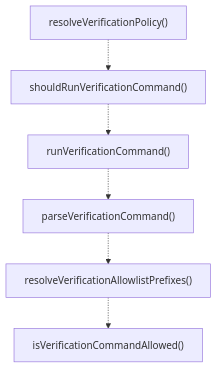
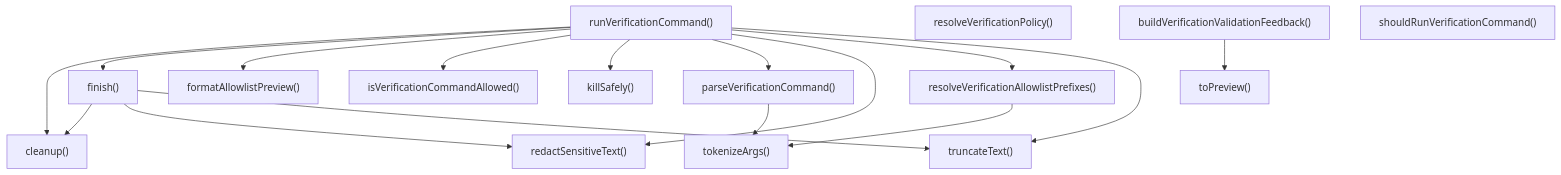
Before and after one commit to Mekann2904/mekann: the third of 4 diagrams in ABDD/.pi/extensions/loop/verification.md, drawn with Mermaid. The commit also changed other lines of this file and 277 other files, not shown here.

````diff
--- a/ABDD/.pi/extensions/loop/verification.md
+++ b/ABDD/.pi/extensions/loop/verification.md
@@ -83,14 +83,33 @@
 ```mermaid
 flowchart TD
+  buildVerificationValidationFeedback["buildVerificationValidationFeedback()"]
+  cleanup["cleanup()"]
+  finish["finish()"]
+  formatAllowlistPreview["formatAllowlistPreview()"]
+  isVerificationCommandAllowed["isVerificationCommandAllowed()"]
+  killSafely["killSafely()"]
+  parseVerificationCommand["parseVerificationCommand()"]
+  redactSensitiveText["redactSensitiveText()"]
+  resolveVerificationAllowlistPrefixes["resolveVerificationAllowlistPrefixes()"]
   resolveVerificationPolicy["resolveVerificationPolicy()"]
+  runVerificationCommand["runVerificationCommand()"]
   shouldRunVerificationCommand["shouldRunVerificationCommand()"]
-  runVerificationCommand["runVerificationCommand()"]
-  parseVerificationCommand["parseVerificationCommand()"]
-  resolveVerificationAllowlistPrefixes["resolveVerificationAllowlistPrefixes()"]
-  isVerificationCommandAllowed["isVerificationCommandAllowed()"]
-  resolveVerificationPolicy -.-> shouldRunVerificationCommand
-  shouldRunVerificationCommand -.-> runVerificationCommand
-  runVerificationCommand -.-> parseVerificationCommand
-  parseVerificationCommand -.-> resolveVerificationAllowlistPrefixes
-  resolveVerificationAllowlistPrefixes -.-> isVerificationCommandAllowed
+  toPreview["toPreview()"]
+  tokenizeArgs["tokenizeArgs()"]
+  truncateText["truncateText()"]
+  buildVerificationValidationFeedback --> toPreview
+  finish --> cleanup
+  finish --> redactSensitiveText
+  finish --> truncateText
+  parseVerificationCommand --> tokenizeArgs
+  resolveVerificationAllowlistPrefixes --> tokenizeArgs
+  runVerificationCommand --> cleanup
+  runVerificationCommand --> finish
+  runVerificationCommand --> formatAllowlistPreview
+  runVerificationCommand --> isVerificationCommandAllowed
+  runVerificationCommand --> killSafely
+  runVerificationCommand --> parseVerificationCommand
+  runVerificationCommand --> redactSensitiveText
+  runVerificationCommand --> resolveVerificationAllowlistPrefixes
+  runVerificationCommand --> truncateText
 ```
````
